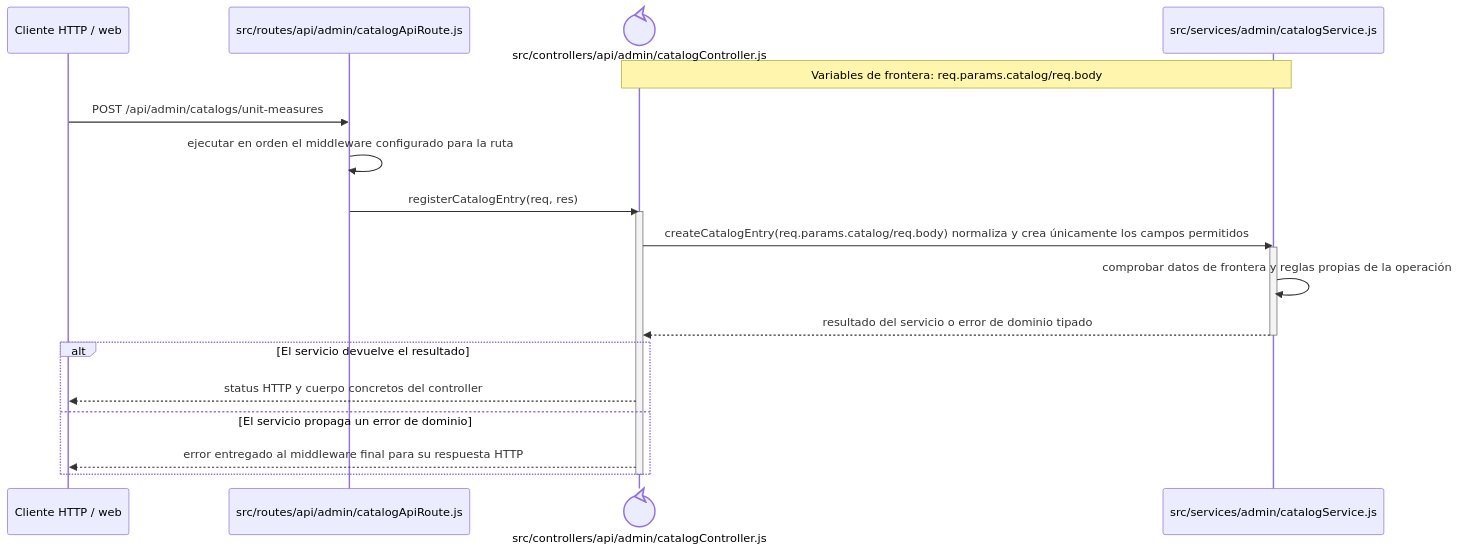
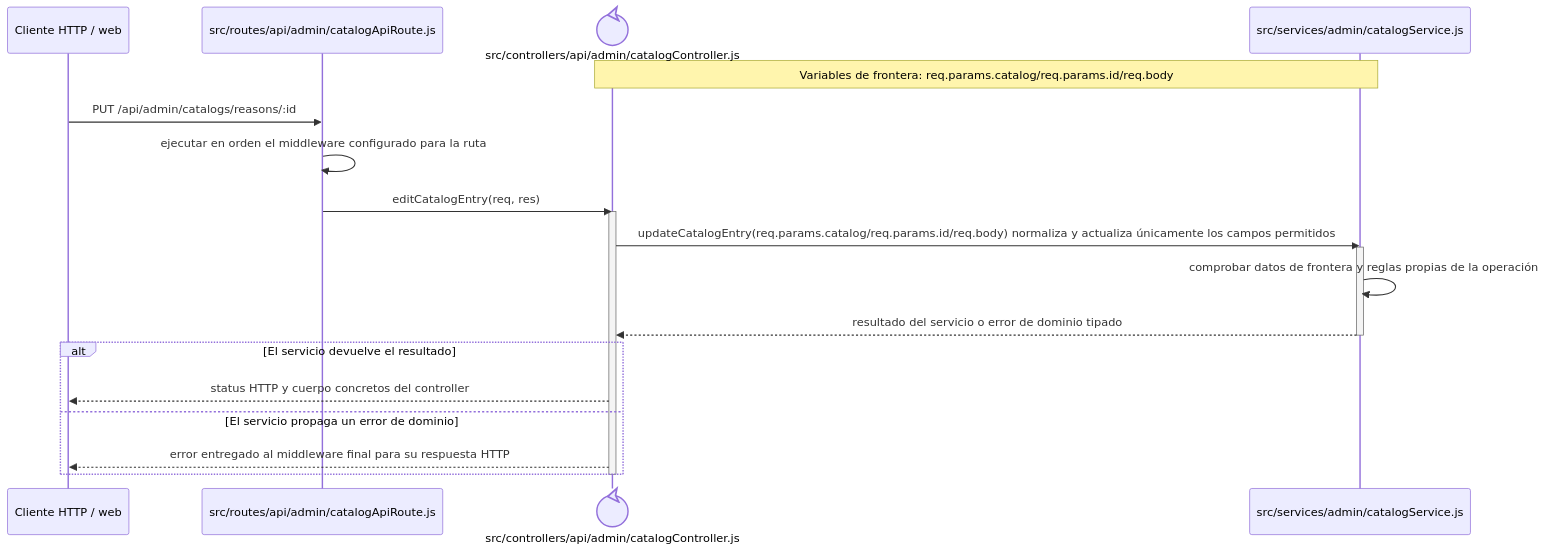
The diagram in docs/architecture/backend-code-sequences/catalogs/cu-cat-41.md (gpgsistemas01/nexus), drawn with Mermaid before and after one commit. The commit also changed other lines of this file and 126 other files, not shown here.

````diff
--- a/docs/architecture/backend-code-sequences/catalogs/cu-cat-41.md
+++ b/docs/architecture/backend-code-sequences/catalogs/cu-cat-41.md
@@ -6,24 +6,24 @@
 ```mermaid
 sequenceDiagram
     participant Client as Cliente HTTP / web
     participant Route as src/routes/api/admin/catalogApiRoute.js
     participant Controller@{ "type": "control" } as src/controllers/api/admin/catalogController.js
     participant Domain as src/services/admin/catalogService.js
-    Note over Controller,Domain: Variables de frontera: req.params.catalog/req.body
+    Note over Controller,Domain: Variables de frontera: req.params.catalog/req.params.id/req.body
 
-    Client->>Route: POST /api/admin/catalogs/unit-measures
+    Client->>Route: PUT /api/admin/catalogs/reasons/:id
     Route->>Route: ejecutar en orden el middleware configurado para la ruta
-    Route->>Controller: registerCatalogEntry(req, res)
+    Route->>Controller: editCatalogEntry(req, res)
     activate Controller
-    Controller->>Domain: createCatalogEntry(req.params.catalog/req.body) normaliza y crea únicamente los campos permitidos
+    Controller->>Domain: updateCatalogEntry(req.params.catalog/req.params.id/req.body) normaliza y actualiza únicamente los campos permitidos
     activate Domain
     Domain->>Domain: comprobar datos de frontera y reglas propias de la operación
     Domain-->>Controller: resultado del servicio o error de dominio tipado
     deactivate Domain
     alt El servicio devuelve el resultado
         Controller-->>Client: status HTTP y cuerpo concretos del controller
     else El servicio propaga un error de dominio
         Controller-->>Client: error entregado al middleware final para su respuesta HTTP
     end
     deactivate Controller
 ```
````
